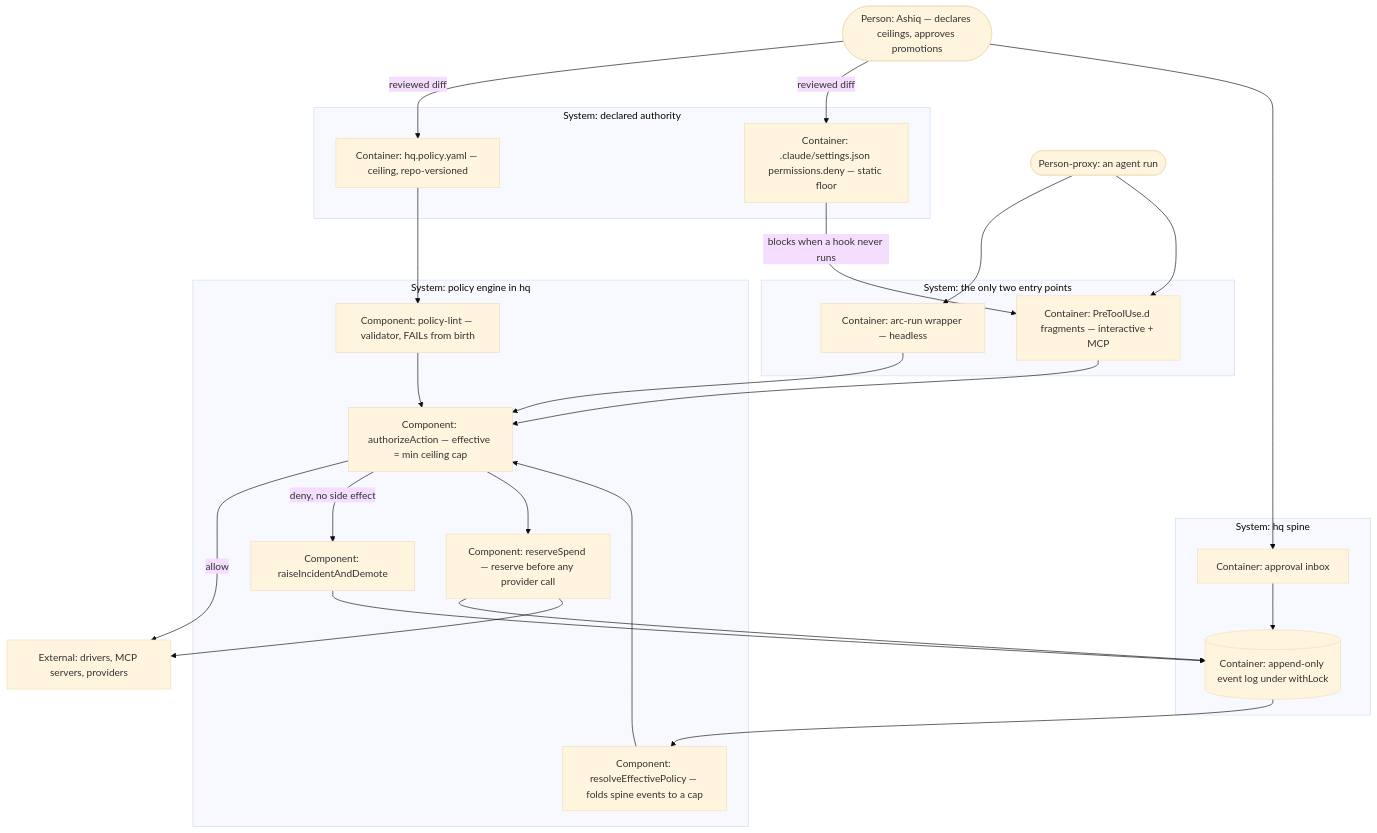
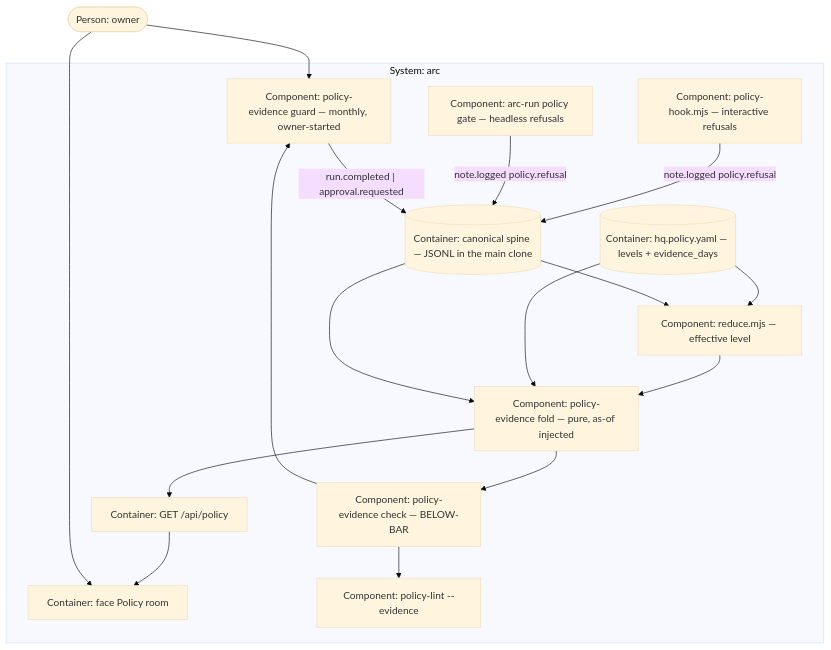
The diagram in initiatives/policy/PLAN.md (technology-ashiq/arc), drawn with Mermaid (base theme) before and after one commit. The commit also changed other lines of this file and 38 other files, not shown here.

First line of the commit message:
docs(policy): cycle 2 kickoff -- evidenced levels (POL-L), Tier S, ADR-0509..0511

````diff
--- a/initiatives/policy/PLAN.md
+++ b/initiatives/policy/PLAN.md
@@ -131,44 +88,30 @@
 ```mermaid
 flowchart TB
-  human([Person: Ashiq — declares ceilings, approves promotions])
-  agent([Person-proxy: an agent run])
-
-  subgraph decl [System: declared authority]
-    yaml[Container: hq.policy.yaml — ceiling, repo-versioned]
-    deny[Container: .claude/settings.json permissions.deny — static floor]
+  owner([Person: owner])
+  subgraph arc [System: arc]
+    yaml[(Container: hq.policy.yaml — levels + evidence_days)]
+    spine[(Container: canonical spine — JSONL in the main clone)]
+    reducer[Component: reduce.mjs — effective level]
+    fold[Component: policy-evidence fold — pure, as-of injected]
+    check[Component: policy-evidence check — BELOW-BAR]
+    guard[Component: policy-evidence guard — monthly, owner-started]
+    api[Container: GET /api/policy]
+    room[Container: face Policy room]
+    hook[Component: policy-hook.mjs — interactive refusals]
+    gate[Component: arc-run policy gate — headless refusals]
+    lint[Component: policy-lint --evidence]
   end
-
-  subgraph lib [System: policy engine in hq]
-    lint[Component: policy-lint — validator, FAILs from birth]
-    reduce[Component: resolveEffectivePolicy — folds spine events to a cap]
-    authz[Component: authorizeAction — effective = min ceiling cap]
-    spend[Component: reserveSpend — reserve before any provider call]
-    demote[Component: raiseIncidentAndDemote]
-  end
-
-  subgraph entry [System: the only two entry points]
-    run[Container: arc-run wrapper — headless]
-    hooks[Container: PreToolUse.d fragments — interactive + MCP]
-  end
-
-  subgraph spine [System: hq spine]
-    events[(Container: append-only event log under withLock)]
-    inbox[Container: approval inbox]
-  end
-
-  drivers[External: drivers, MCP servers, providers]
-
-  human -->|reviewed diff| yaml
-  human -->|reviewed diff| deny
-  yaml --> lint --> authz
-  reduce --> authz
-  events --> reduce
-  agent --> run --> authz
-  agent --> hooks --> authz
-  deny -->|blocks when a hook never runs| hooks
-  authz -->|allow| drivers
-  authz -->|deny, no side effect| demote --> events
-  authz --> spend --> events
-  spend --> drivers
-  human --> inbox --> events
+  hook -- note.logged policy.refusal --> spine
+  gate -- note.logged policy.refusal --> spine
+  yaml --> reducer
+  spine --> reducer --> fold
+  yaml --> fold
+  spine --> fold
+  fold --> check
+  check --> lint
+  check --> guard
+  guard -- run.completed | approval.requested --> spine
+  fold --> api --> room
+  owner --> guard
+  owner --> room
 ```
````
